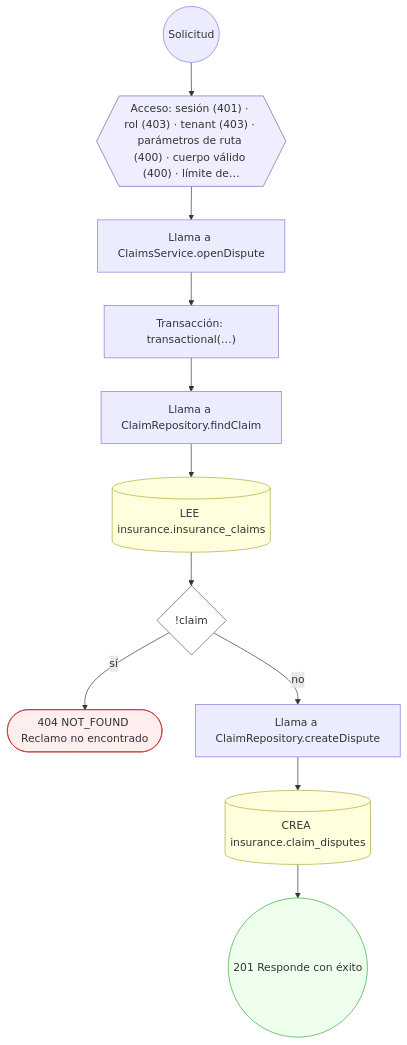
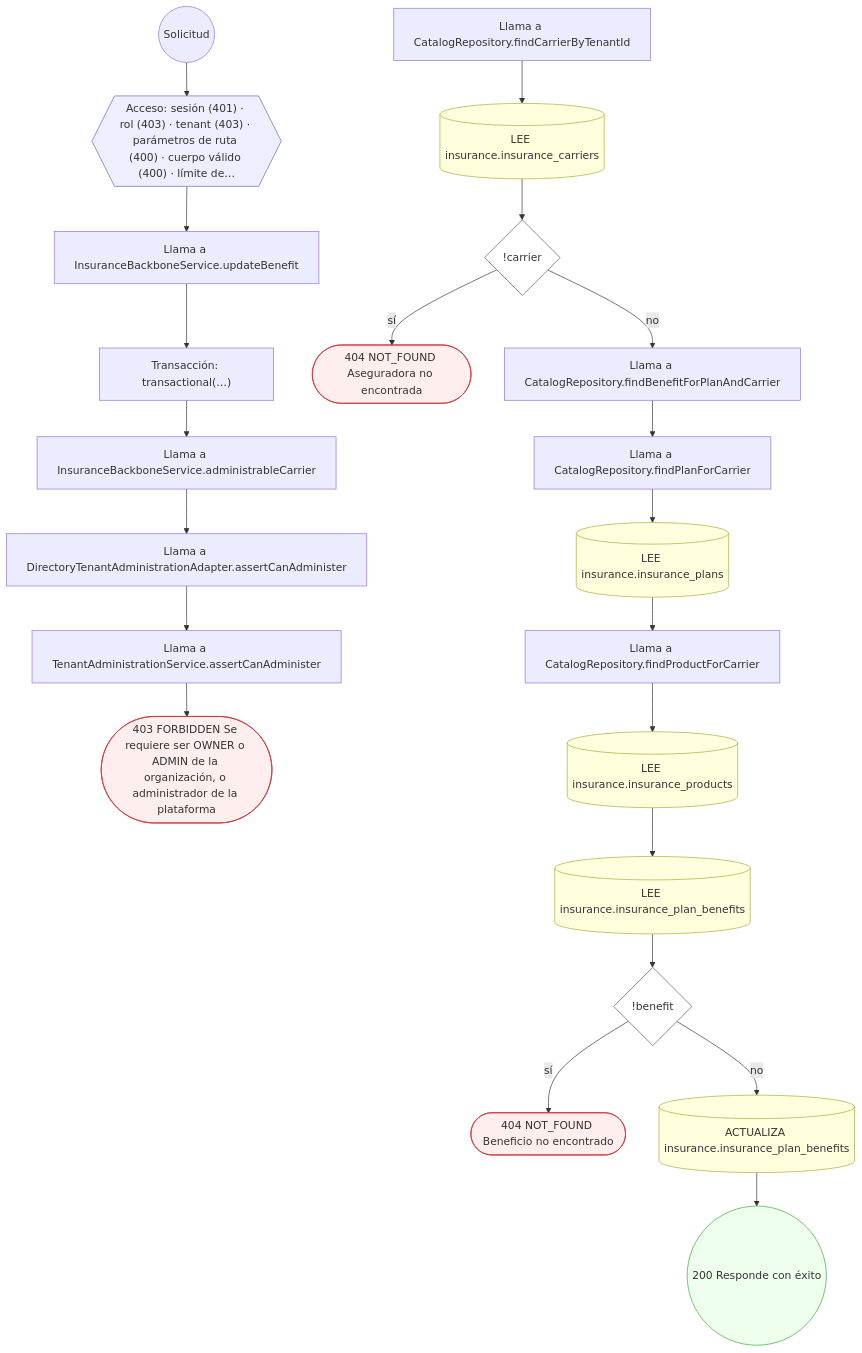
One commit to mdavila-2001/mantra-core-health-api changed diagram 30 of 56 in docs/inventario/flujos/insurance.md. Above: the diagram before and after it, drawn with Mermaid. The commit also changed other lines of this file and 451 other files, not shown here.

First line of the commit message:
chore(data_catalog): contrato OpenAPI, inventario y pruebas al día con el diseño del #660

````diff
--- a/docs/inventario/flujos/insurance.md
+++ b/docs/inventario/flujos/insurance.md
@@ -955,30 +2903,51 @@
 ```mermaid
 flowchart TD
   n1(("Solicitud")):::inicio
   n2{{"Acceso: sesión (401) · rol (403) · tenant (403) · parámetros de ruta (400) · cuerpo válido (400) · límite de…"}}:::acceso
   n1 --> n2
-  n3["Llama a ClaimsService.openDispute"]:::llamada
+  n3["Llama a InsuranceBackboneService.updateBenefit"]:::llamada
   n2 --> n3
   n4["Transacción: transactional(…)"]:::transaccion
   n3 --> n4
-  n5["Llama a ClaimRepository.findClaim"]:::llamada
+  n5["Llama a InsuranceBackboneService.administrableCarrier"]:::llamada
   n4 --> n5
-  n6[("LEE insurance.insurance_claims")]:::efecto
+  n6["Llama a DirectoryTenantAdministrationAdapter.assertCanAdminister"]:::llamada
   n5 --> n6
-  n7{"!claim"}:::decision
+  n7["Llama a TenantAdministrationService.assertCanAdminister"]:::llamada
   n6 --> n7
-  n8(["404 NOT_FOUND Reclamo no encontrado"]):::error
-  n7 -->|"sí"| n8
-  n9["Llama a ClaimRepository.createDispute"]:::llamada
-  n7 -->|"no"| n9
-  n10[("CREA insurance.claim_disputes")]:::efecto
+  n8(["403 FORBIDDEN Se requiere ser OWNER o ADMIN de la organización, o administrador de la plataforma"]):::error
+  n7 --> n8
+  n9["Llama a CatalogRepository.findCarrierByTenantId"]:::llamada
+  n10[("LEE insurance.insurance_carriers")]:::efecto
   n9 --> n10
-  n11(("201 Responde con éxito")):::ok
+  n11{"!carrier"}:::decision
   n10 --> n11
+  n12(["404 NOT_FOUND Aseguradora no encontrada"]):::error
+  n11 -->|"sí"| n12
+  n13["Llama a CatalogRepository.findBenefitForPlanAndCarrier"]:::llamada
+  n11 -->|"no"| n13
+  n14["Llama a CatalogRepository.findPlanForCarrier"]:::llamada
+  n13 --> n14
+  n15[("LEE insurance.insurance_plans")]:::efecto
+  n14 --> n15
+  n16["Llama a CatalogRepository.findProductForCarrier"]:::llamada
+  n15 --> n16
+  n17[("LEE insurance.insurance_products")]:::efecto
+  n16 --> n17
+  n18[("LEE insurance.insurance_plan_benefits")]:::efecto
+  n17 --> n18
+  n19{"!benefit"}:::decision
+  n18 --> n19
+  n20(["404 NOT_FOUND Beneficio no encontrado"]):::error
+  n19 -->|"sí"| n20
+  n21[("ACTUALIZA insurance.insurance_plan_benefits")]:::efecto
+  n19 -->|"no"| n21
+  n22(("200 Responde con éxito")):::ok
+  n21 --> n22
   classDef acceso fill:#eef,stroke:#66a
   classDef error fill:#fee,stroke:#c33
   classDef ok fill:#efe,stroke:#3a3
   classDef efecto fill:#ffd,stroke:#aa3
   classDef decision fill:#fff,stroke:#555
   classDef corte fill:#eee,stroke:#999,stroke-dasharray: 4
 ```
````
